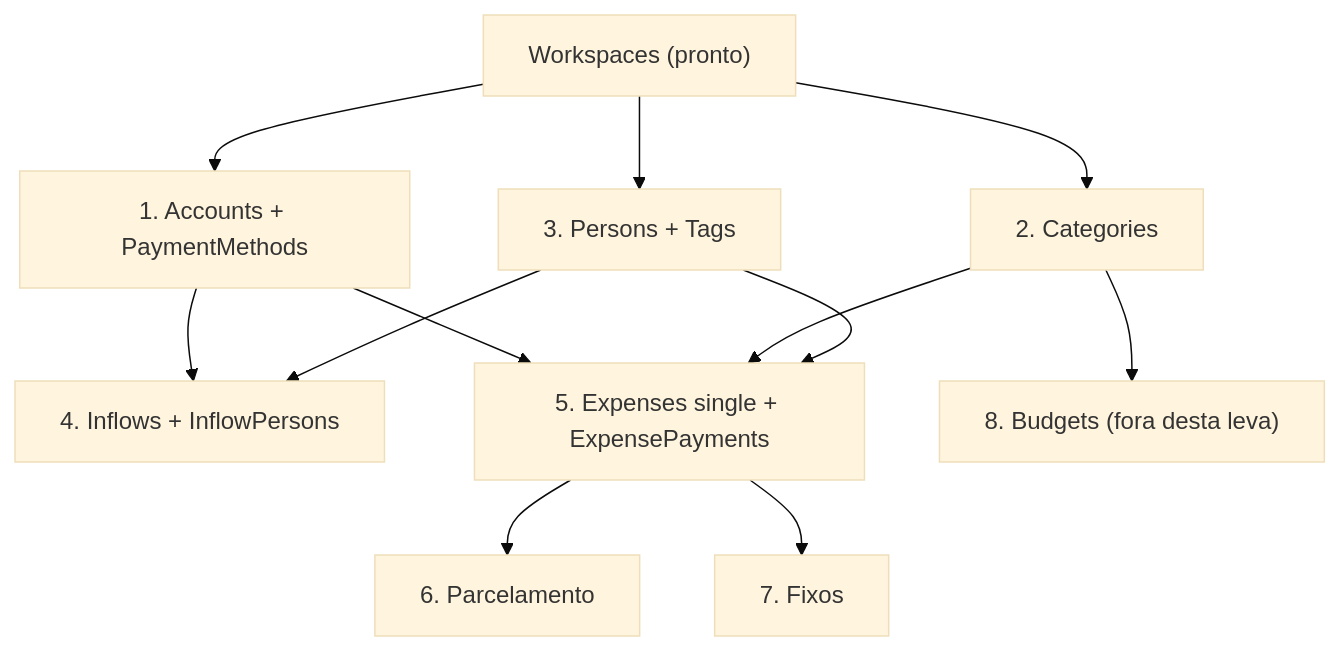
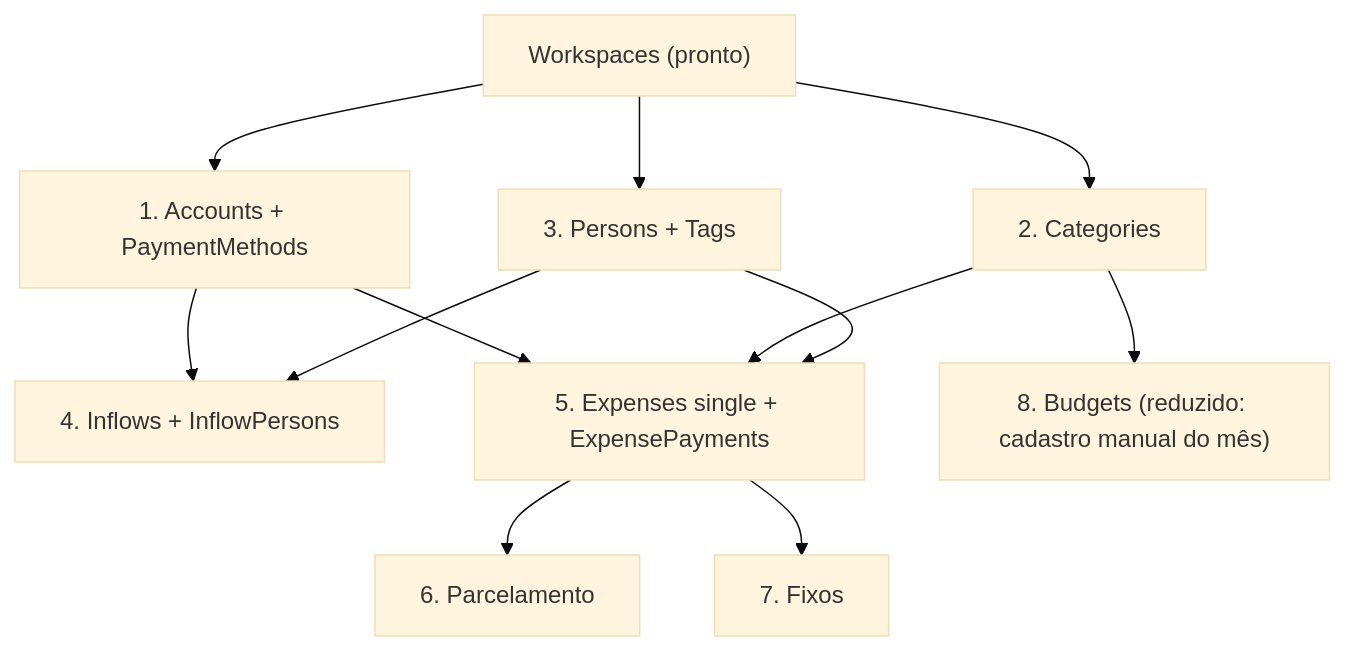
One commit to jamess0160/GastosMensaisV4 changed the diagram in docs/ROADMAP- MVP.md. Above: the diagram before and after it, drawn with Mermaid (base theme). The commit also changed other lines of this file and 20 other files, not shown here.

````diff
--- a/docs/ROADMAP- MVP.md
+++ b/docs/ROADMAP- MVP.md
@@ -38,14 +42,14 @@
 ```mermaid
 graph TD
     W["Workspaces (pronto)"] --> A["1. Accounts + PaymentMethods"]
     W --> C["2. Categories"]
     W --> P["3. Persons + Tags"]
     A --> I["4. Inflows + InflowPersons"]
     P --> I
     A --> E["5. Expenses single + ExpensePayments"]
     C --> E
     P --> E
     E --> PA["6. Parcelamento"]
     E --> F["7. Fixos"]
-    C --> B["8. Budgets (fora desta leva)"]
+    C --> B["8. Budgets (reduzido: cadastro manual do mês)"]
 ```
````
